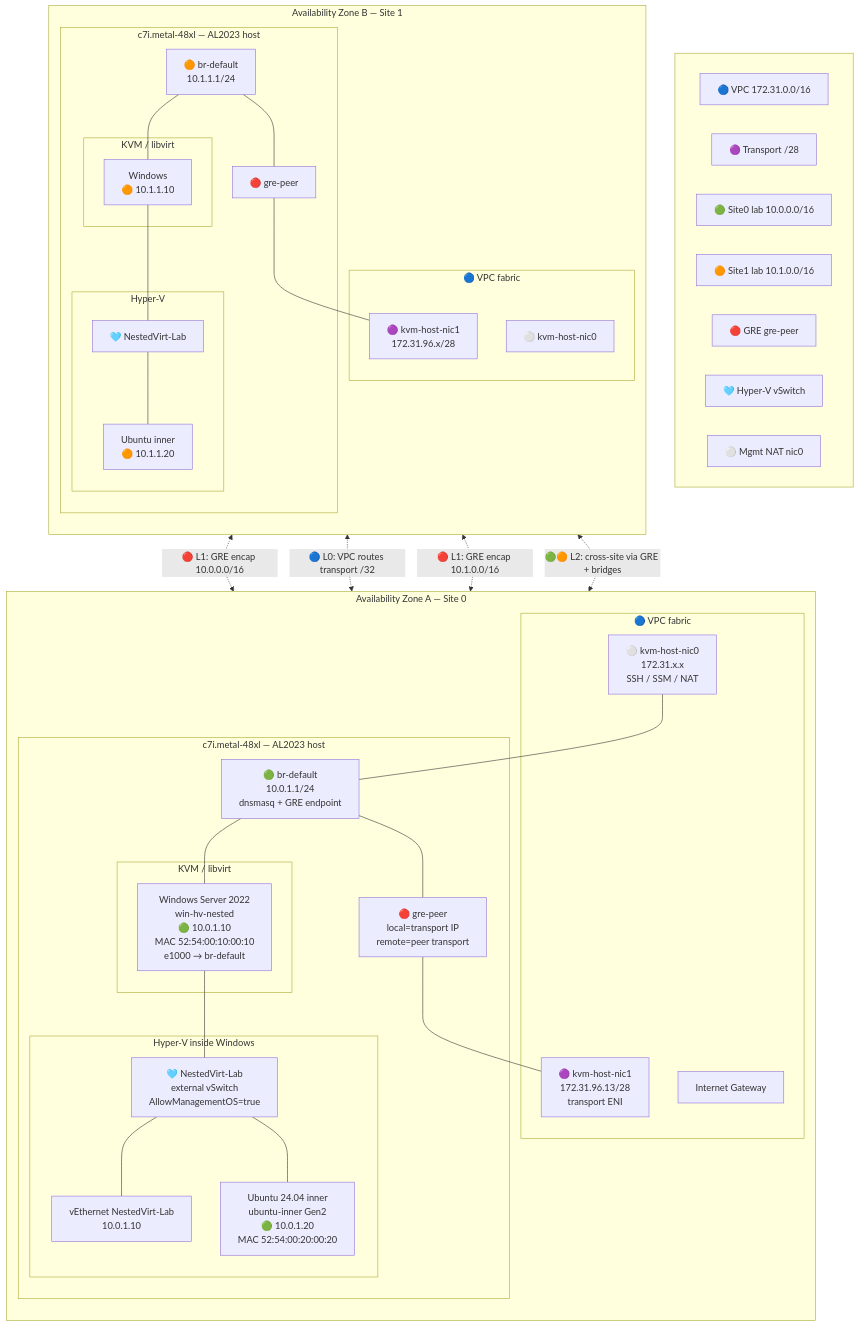
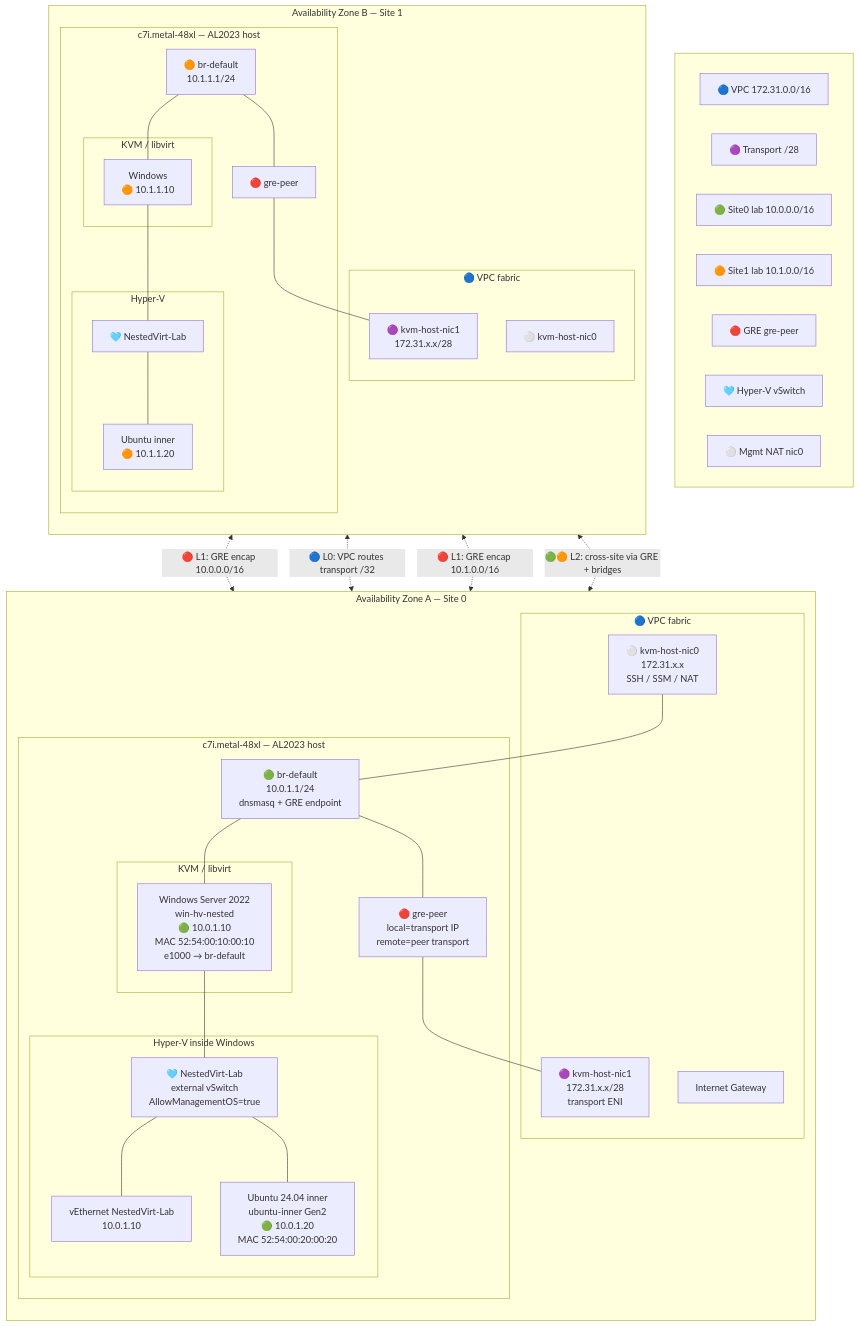
One commit to arsanmiguel/nested-virt changed the first of 4 diagrams in docs/network-diagram.md. Above: the diagram before and after it, drawn with Mermaid. The commit also changed other lines of this file and 10 other files, not shown here.

````diff
--- a/docs/network-diagram.md
+++ b/docs/network-diagram.md
@@ -33,78 +33,78 @@
 ```mermaid
 flowchart TB
   subgraph LEGEND[" "]
     direction LR
     L1["🔵 VPC 172.31.0.0/16"]
     L2["🟣 Transport /28"]
     L3["🟢 Site0 lab 10.0.0.0/16"]
     L4["🟠 Site1 lab 10.1.0.0/16"]
     L5["🔴 GRE gre-peer"]
     L6["🩵 Hyper-V vSwitch"]
     L7["⚪ Mgmt NAT nic0"]
   end
 
   subgraph AZ0["Availability Zone A — Site 0"]
     direction TB
 
     subgraph VPC0["🔵 VPC fabric"]
       IGW0[Internet Gateway]
       ENI0_M["⚪ kvm-host-nic0<br/>172.31.x.x<br/>SSH / SSM / NAT"]
-      ENI0_T["🟣 kvm-host-nic1<br/>172.31.96.13/28<br/>transport ENI"]
+      ENI0_T["🟣 kvm-host-nic1<br/>172.31.x.x/28<br/>transport ENI"]
     end
 
     subgraph METAL0["c7i.metal-48xl — AL2023 host"]
       BR0["🟢 br-default<br/>10.0.1.1/24<br/>dnsmasq + GRE endpoint"]
       GRE0["🔴 gre-peer<br/>local=transport IP<br/>remote=peer transport"]
       BR0 --- GRE0
       GRE0 --- ENI0_T
       ENI0_M --- BR0
 
       subgraph KVM0["KVM / libvirt"]
         WIN0["Windows Server 2022<br/>win-hv-nested<br/>🟢 10.0.1.10<br/>MAC 52:54:00:10:00:10<br/>e1000 → br-default"]
       end
       BR0 --- WIN0
 
       subgraph HV0["Hyper-V inside Windows"]
         VSW0["🩵 NestedVirt-Lab<br/>external vSwitch<br/>AllowManagementOS=true"]
         VETH0["vEthernet NestedVirt-Lab<br/>10.0.1.10"]
         INNER0["Ubuntu 24.04 inner<br/>ubuntu-inner Gen2<br/>🟢 10.0.1.20<br/>MAC 52:54:00:20:00:20"]
         VSW0 --- VETH0
         VSW0 --- INNER0
       end
       WIN0 --- VSW0
     end
   end
 
   subgraph AZ1["Availability Zone B — Site 1"]
     direction TB
 
     subgraph VPC1["🔵 VPC fabric"]
       ENI1_M["⚪ kvm-host-nic0"]
-      ENI1_T["🟣 kvm-host-nic1<br/>172.31.96.x/28"]
+      ENI1_T["🟣 kvm-host-nic1<br/>172.31.x.x/28"]
     end
 
     subgraph METAL1["c7i.metal-48xl — AL2023 host"]
       BR1["🟠 br-default<br/>10.1.1.1/24"]
       GRE1["🔴 gre-peer"]
       BR1 --- GRE1
       GRE1 --- ENI1_T
 
       subgraph KVM1["KVM / libvirt"]
         WIN1["Windows<br/>🟠 10.1.1.10"]
       end
       BR1 --- WIN1
 
       subgraph HV1["Hyper-V"]
         VSW1["🩵 NestedVirt-Lab"]
         INNER1["Ubuntu inner<br/>🟠 10.1.1.20"]
         VSW1 --- INNER1
       end
       WIN1 --- VSW1
     end
   end
 
   ENI0_T <-. "🔵 L0: VPC routes transport /32" .-> ENI1_T
   GRE0 <-. "🔴 L1: GRE encap 10.1.0.0/16" .-> GRE1
   GRE1 <-. "🔴 L1: GRE encap 10.0.0.0/16" .-> GRE0
   INNER0 <-. "🟢🟠 L2: cross-site via GRE + bridges" .-> INNER1
 ```
````
